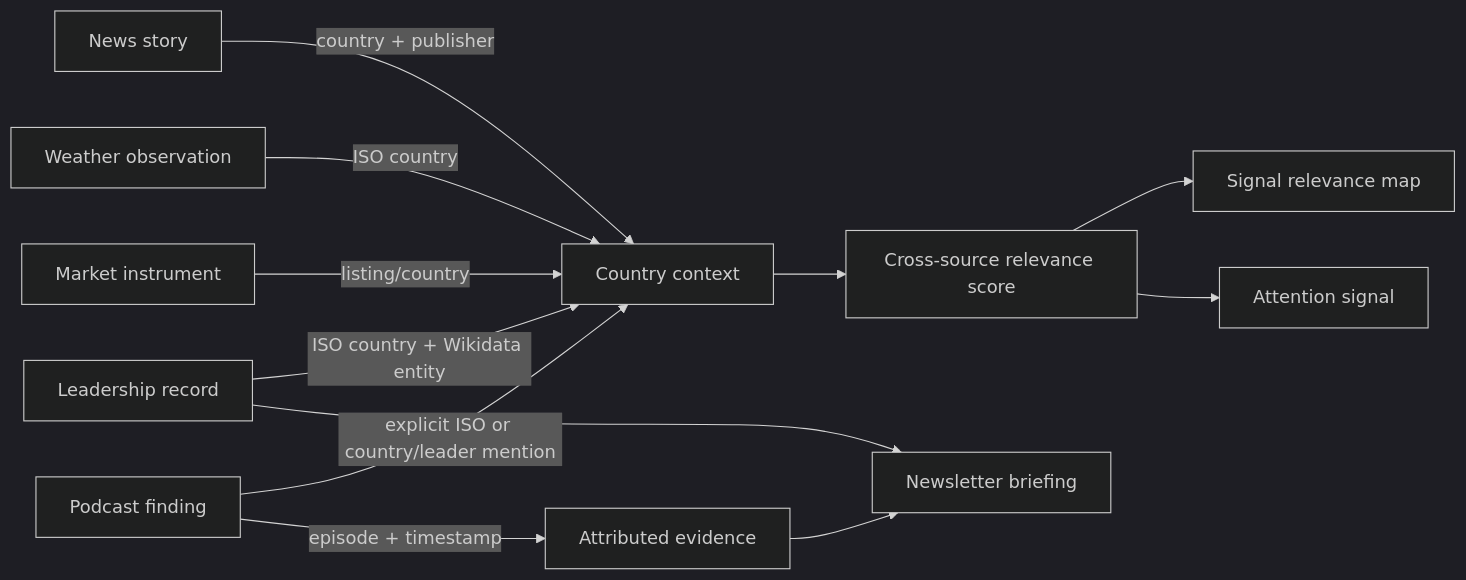
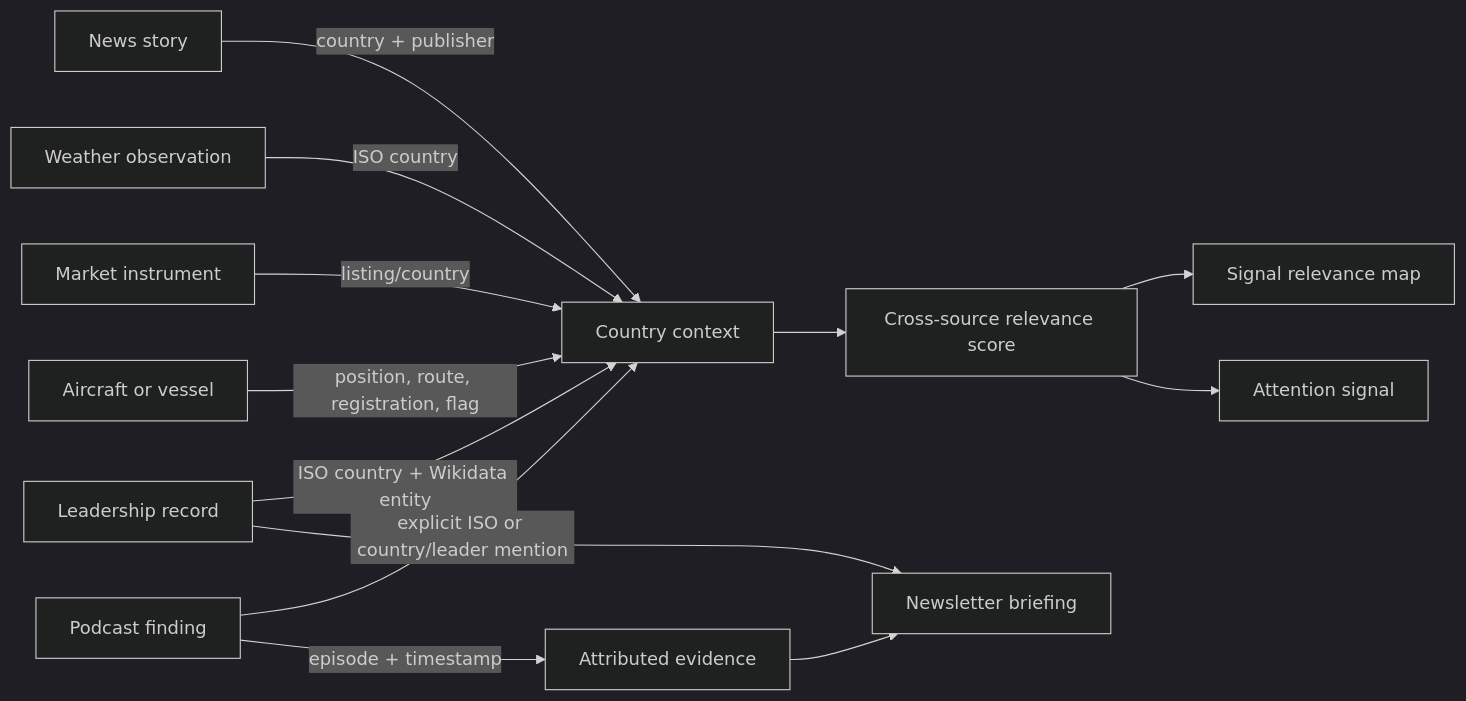
Before and after one commit to eojgroup/claritas: the second of 2 diagrams in docs/architecture/cross-device-design.md, drawn with Mermaid (dark theme). The commit also changed other lines of this file and 28 other files, not shown here.

Commit message:
Add country-linked transport intelligence

````diff
--- a/docs/architecture/cross-device-design.md
+++ b/docs/architecture/cross-device-design.md
@@ -58,14 +61,15 @@
 ```mermaid
 flowchart LR
   Story[News story] -->|country + publisher| Country[Country context]
   Weather[Weather observation] -->|ISO country| Country
   Market[Market instrument] -->|listing/country| Country
   Leader[Leadership record] -->|ISO country + Wikidata entity| Country
+  Transport[Aircraft or vessel] -->|position, route, registration, flag| Country
   Podcast[Podcast finding] -->|explicit ISO or country/leader mention| Country
   Podcast -->|episode + timestamp| Evidence[Attributed evidence]
   Country --> Score[Cross-source relevance score]
   Score --> Map[Signal relevance map]
   Score --> Queue[Attention signal]
   Evidence --> Brief[Newsletter briefing]
   Leader --> Brief
 ```
````
